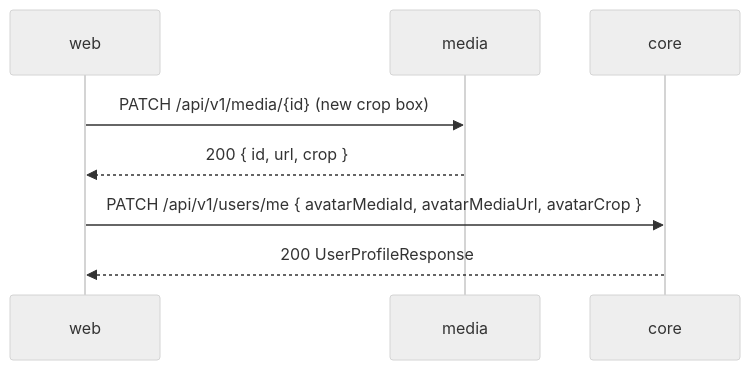
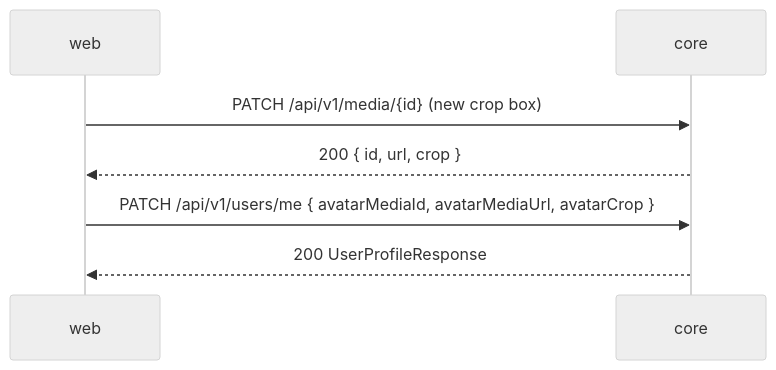
Before and after one commit to hdang-dev/dannest: the sixth of 8 diagrams in docs/tech/architecture-flows.md, drawn with Mermaid (neutral theme). The commit also changed other lines of this file and 56 other files, not shown here.

````diff
--- a/docs/tech/architecture-flows.md
+++ b/docs/tech/architecture-flows.md
@@ -287,11 +261,10 @@
 ```mermaid
 sequenceDiagram
     participant W as web
-    participant M as media
     participant C as core
 
-    W->>M: PATCH /api/v1/media/{id} (new crop box)
-    M-->>W: 200 { id, url, crop }
+    W->>C: PATCH /api/v1/media/{id} (new crop box)
+    C-->>W: 200 { id, url, crop }
     W->>C: PATCH /api/v1/users/me { avatarMediaId, avatarMediaUrl, avatarCrop }
     C-->>W: 200 UserProfileResponse
 ```
````
